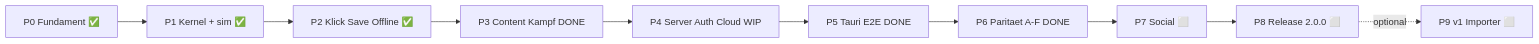
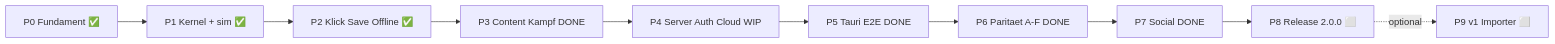
One commit to Trobikus/archiv-des-vergessens-2 changed the second of 2 diagrams in docs/REWRITE_PLAN.md. Above: the diagram before and after it, drawn with Mermaid. The commit also changed other lines of this file and 34 other files, not shown here.

````diff
--- a/docs/REWRITE_PLAN.md
+++ b/docs/REWRITE_PLAN.md
@@ -241,12 +248,12 @@
 ```mermaid
 graph LR
   P0["P0 Fundament ✅"] --> P1["P1 Kernel + sim ✅"]
   P1 --> P2["P2 Klick Save Offline ✅"]
   P2 --> P3["P3 Content Kampf DONE"]
   P3 --> P4["P4 Server Auth Cloud WIP"]
   P4 --> P5["P5 Tauri E2E DONE"]
   P5 --> P6["P6 Paritaet A-F DONE"]
-  P6 --> P7["P7 Social ⬜"]
+  P6 --> P7["P7 Social DONE"]
   P7 --> P8["P8 Release 2.0.0 ⬜"]
   P8 -.optional.-> P9["P9 v1 Importer ⬜"]
 ```
````
